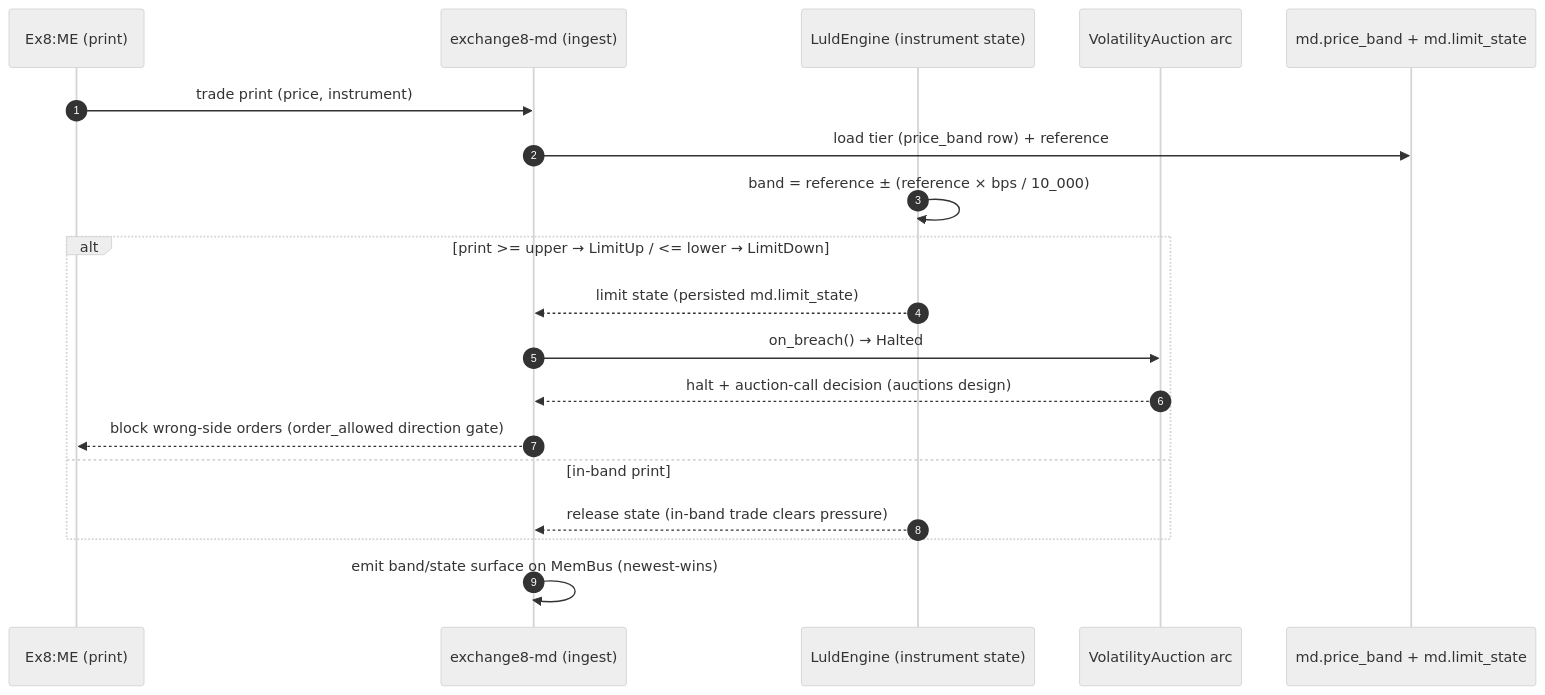
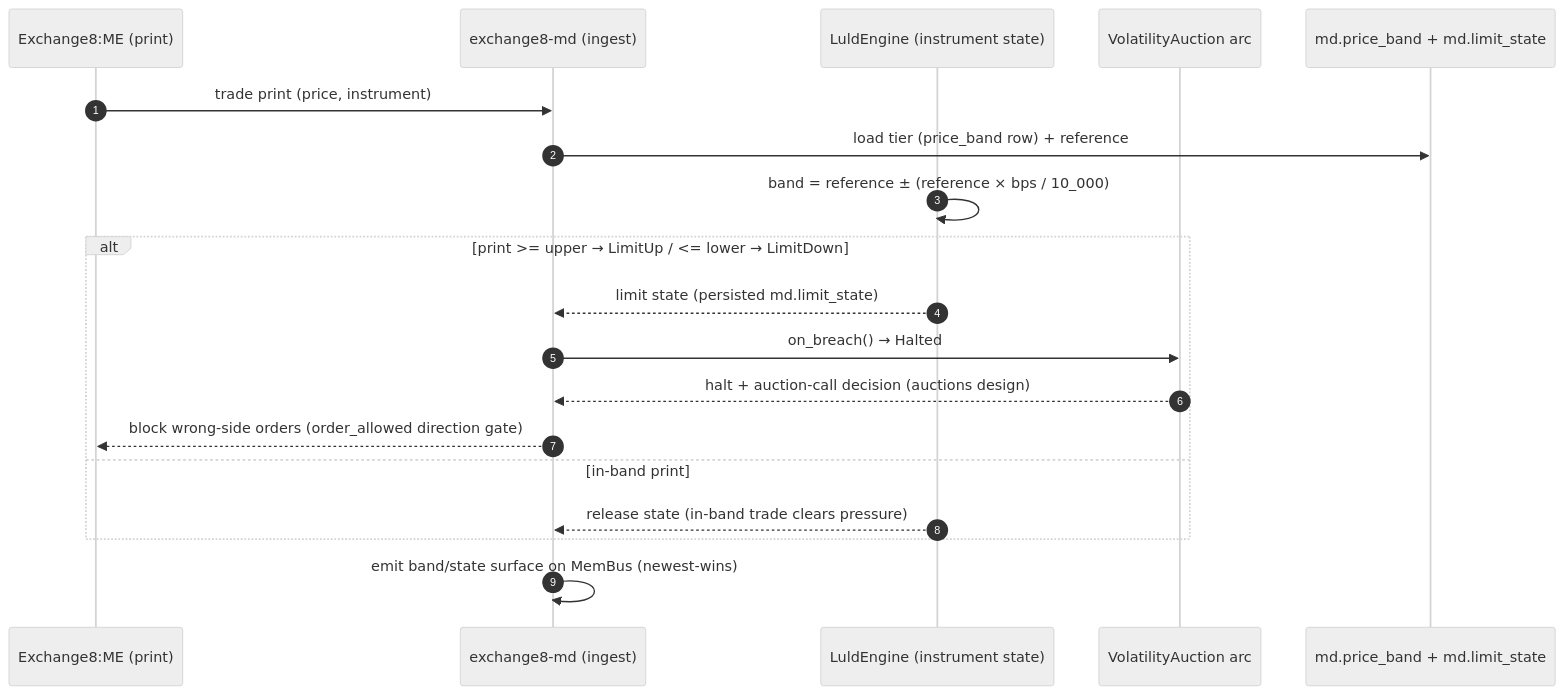
One commit to Exchange8-dev/exchange8-md changed the sixth of 17 diagrams in DESIGN.md. Above: the diagram before and after it, drawn with Mermaid (neutral theme). The commit also changed other lines of this file and 10 other files, not shown here.

````diff
--- a/DESIGN.md
+++ b/DESIGN.md
@@ -258,22 +258,22 @@
 ```mermaid
 sequenceDiagram
     autonumber
-    participant ME as Ex8:ME (print)
+    participant ME as Exchange8:ME (print)
     participant SV as exchange8-md (ingest)
     participant LE as LuldEngine (instrument state)
     participant VA as VolatilityAuction arc
     participant ST as md.price_band + md.limit_state
 
     ME->>SV: trade print (price, instrument)
     SV->>ST: load tier (price_band row) + reference
     LE->>LE: band = reference ± (reference × bps / 10_000)
     alt print >= upper → LimitUp / <= lower → LimitDown
         LE-->>SV: limit state (persisted md.limit_state)
         SV->>VA: on_breach() → Halted
         VA-->>SV: halt + auction-call decision (auctions design)
         SV-->>ME: block wrong-side orders (order_allowed direction gate)
     else in-band print
         LE-->>SV: release state (in-band trade clears pressure)
     end
     SV->>SV: emit band/state surface on MemBus (newest-wins)
 ```
````
